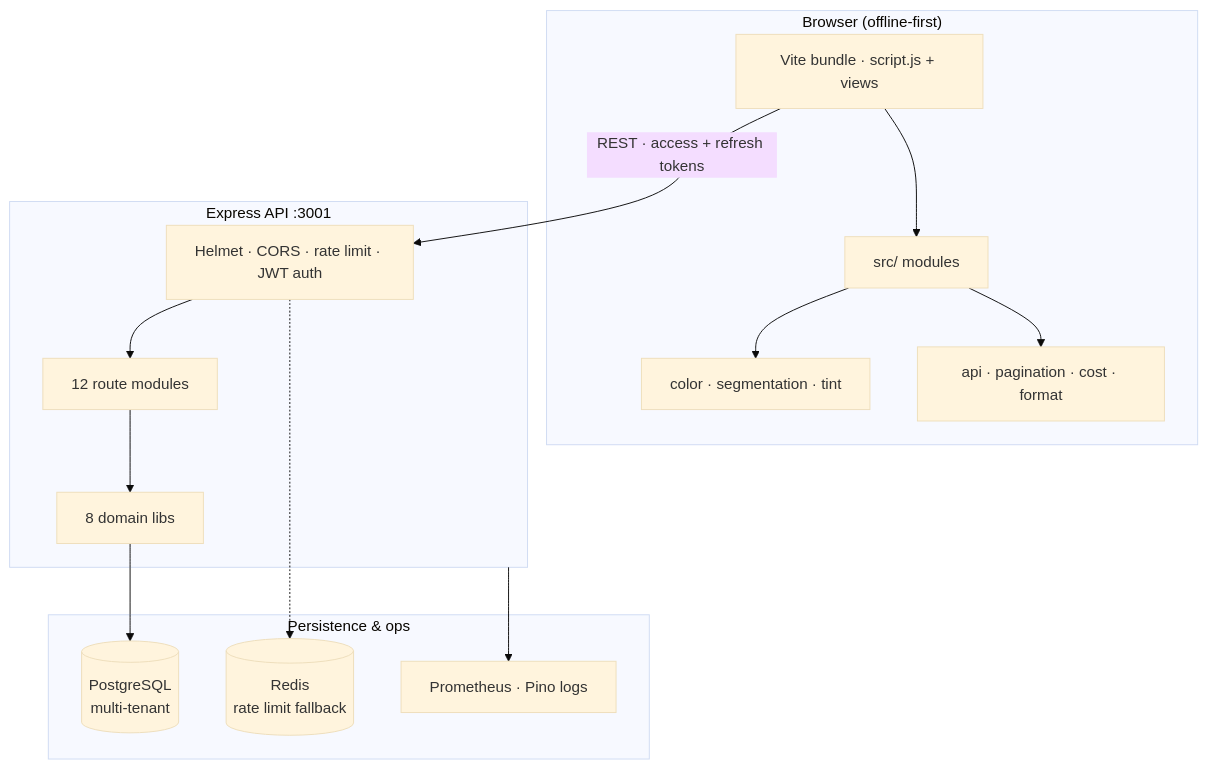
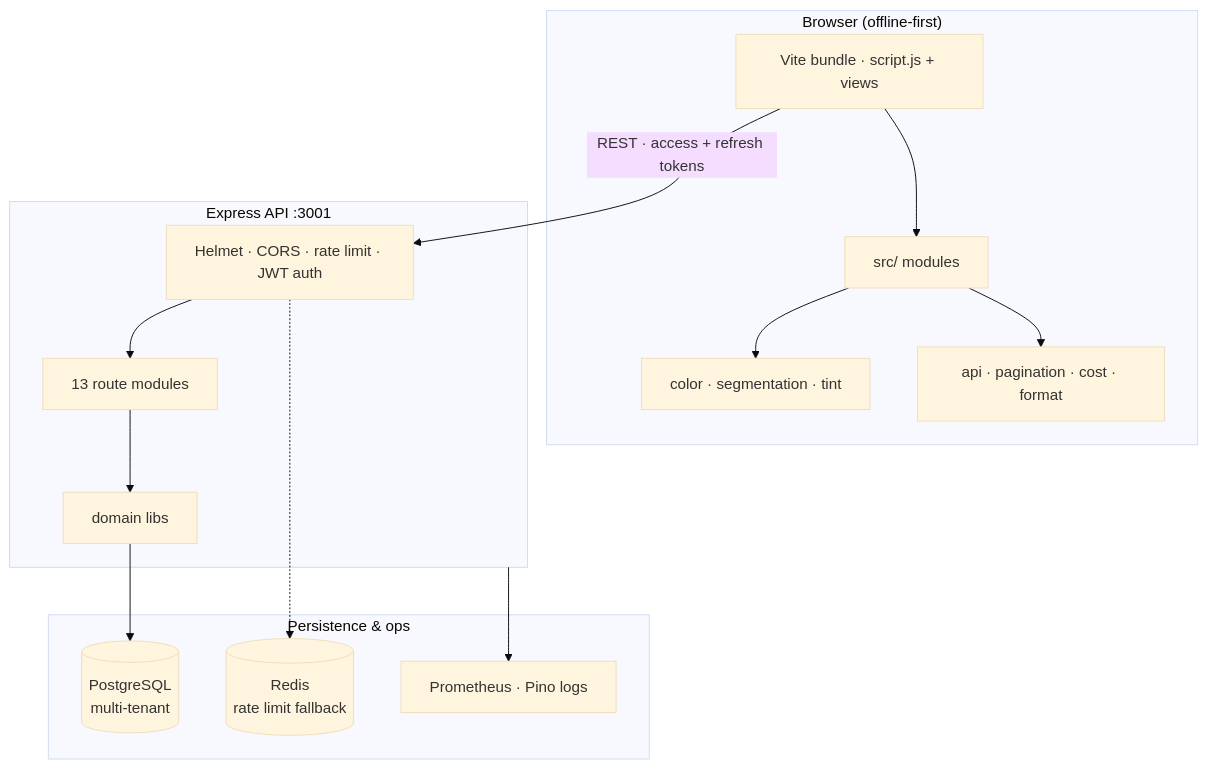
One commit to Brohammad/PaintCRM changed the diagram in README.md. Above: the diagram before and after it, drawn with Mermaid (base theme). The commit also changed other lines of this file and 8 other files, not shown here.

````diff
--- a/README.md
+++ b/README.md
@@ -17,28 +22,28 @@
 ```mermaid
 flowchart TB
   subgraph Browser["Browser (offline-first)"]
     APP["Vite bundle · script.js + views"]
     MOD["src/ modules"]
     APP --> MOD
     MOD --> COLOR["color · segmentation · tint"]
     MOD --> CRM["api · pagination · cost · format"]
   end
 
   subgraph Server["Express API :3001"]
     MW["Helmet · CORS · rate limit · JWT auth"]
-    RT["12 route modules"]
-    LB["8 domain libs"]
+    RT["13 route modules"]
+    LB["domain libs"]
     MW --> RT --> LB
   end
 
   subgraph Store["Persistence & ops"]
     PG[(PostgreSQL<br/>multi-tenant)]
     RD[(Redis<br/>rate limit fallback)]
     PR["Prometheus · Pino logs"]
   end
 
   APP -->|"REST · access + refresh tokens"| MW
   LB --> PG
   MW -.-> RD
   Server --> PR
 ```
````
